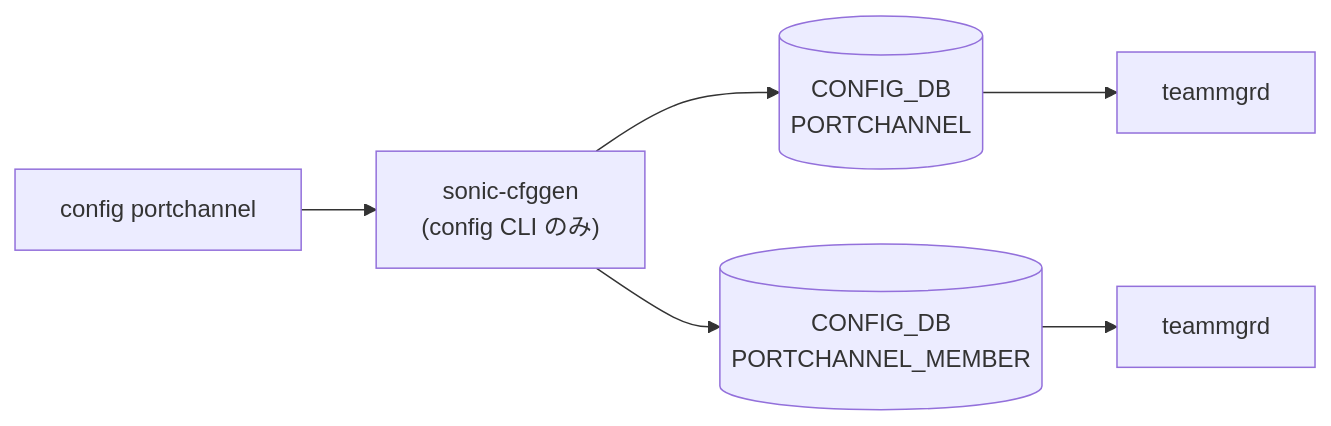
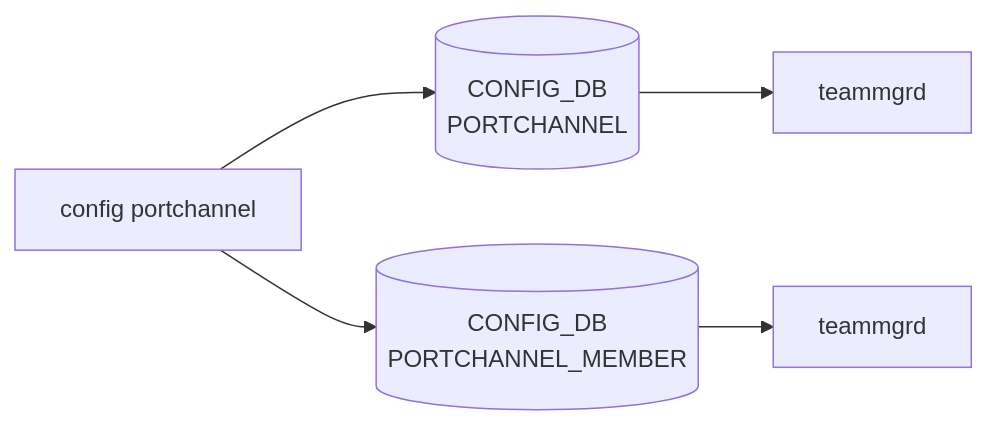
Before and after one commit to aoki-taquan/sonic-unofficial-docs: the diagram in docs/reference/cli/config-portchannel.md, drawn with Mermaid. The commit also changed other lines of this file and 1 other file, not shown here.

Commit message:
fix(cli-ref): correct mermaid dataflow diagrams and ops hint for ntp/portchannel
- config-ntp: remove incorrect sonic-cfggen node; CLI calls db.set_entry() directly
- config-portchannel: remove sonic-cfggen intermediary from mermaid; fix ops hint (lacp_key is auto-fixed, not configurable via CLI)

````diff
--- a/docs/reference/cli/config-portchannel.md
+++ b/docs/reference/cli/config-portchannel.md
@@ -211,14 +211,12 @@
 ```mermaid
 flowchart LR
   CLI["config portchannel"]
-  SC["sonic-cfggen<br/>(config CLI のみ)"]
-  CLI --> SC
   CDB0[("CONFIG_DB<br/>PORTCHANNEL")]
-  SC --> CDB0
+  CLI --> CDB0
   DM0["teammgrd"]
   CDB0 --> DM0
   CDB1[("CONFIG_DB<br/>PORTCHANNEL_MEMBER")]
-  SC --> CDB1
+  CLI --> CDB1
   DM1["teammgrd"]
   CDB1 --> DM1
 ```
````
